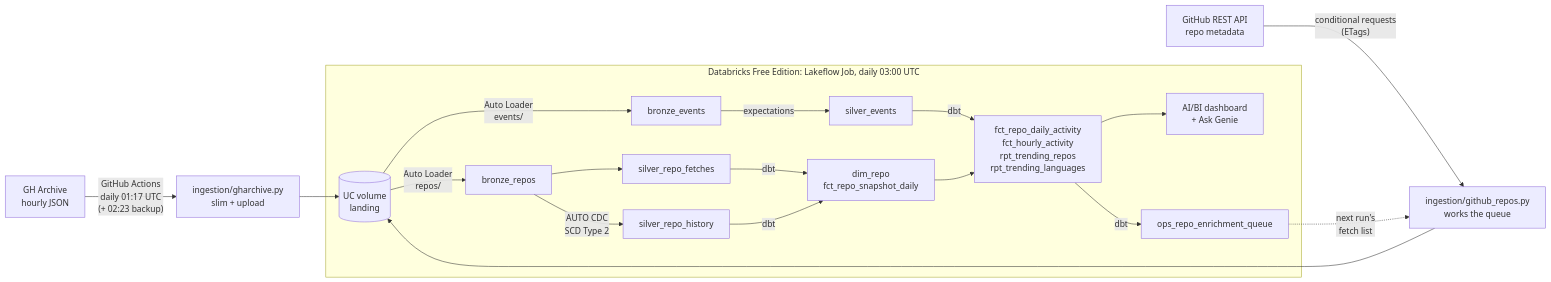
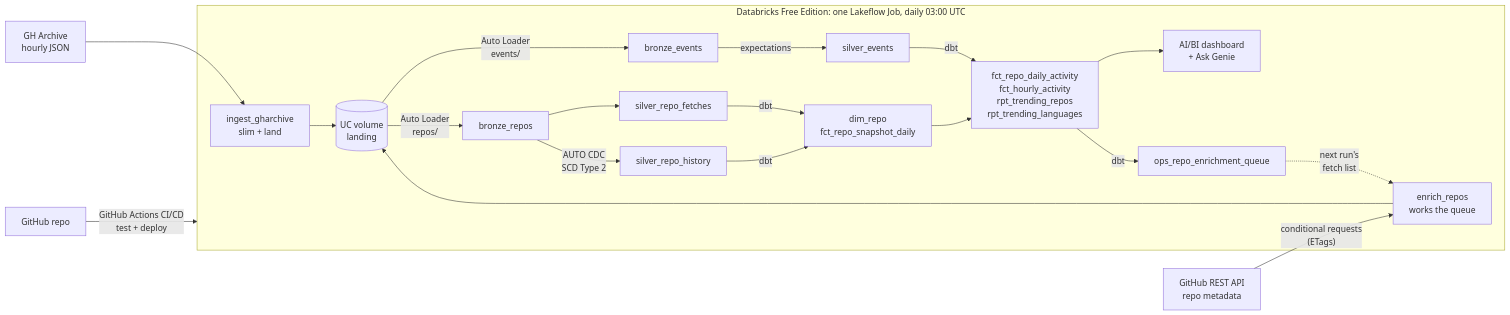
Before and after one commit to leon2378/github-archive-e2e-pipeline: the diagram in README.md, drawn with Mermaid. The commit also changed other lines of this file and 8 other files, not shown here.

First line of the commit message:
Move daily ingestion into the Lakeflow Job

````diff
--- a/README.md
+++ b/README.md
@@ -36,21 +35,22 @@
 ```mermaid
 flowchart LR
-    GHA["GH Archive<br/>hourly JSON"] -->|"GitHub Actions<br/>daily 01:17 UTC<br/>(+ 02:23 backup)"| ING["ingestion/gharchive.py<br/>slim + upload"]
-    API["GitHub REST API<br/>repo metadata"] -->|"conditional requests<br/>(ETags)"| ENR["ingestion/github_repos.py<br/>works the queue"]
-    ING --> VOL[("UC volume<br/>landing")]
-    ENR --> VOL
-    subgraph DBX["Databricks Free Edition: Lakeflow Job, daily 03:00 UTC"]
+    subgraph DBX["Databricks Free Edition: one Lakeflow Job, daily 03:00 UTC"]
+        ING["ingest_gharchive<br/>slim + land"] --> VOL[("UC volume<br/>landing")]
+        ENR["enrich_repos<br/>works the queue"] --> VOL
         VOL -->|"Auto Loader<br/>events/"| BR["bronze_events"]
         BR -->|"expectations"| SI["silver_events"]
         VOL -->|"Auto Loader<br/>repos/"| BRR["bronze_repos"]
         BRR --> SRF["silver_repo_fetches"]
         BRR -->|"AUTO CDC<br/>SCD Type 2"| SRH["silver_repo_history"]
         SRF -->|dbt| DIM["dim_repo<br/>fct_repo_snapshot_daily"]
         SRH -->|dbt| DIM
         SI -->|dbt| GOLD["fct_repo_daily_activity<br/>fct_hourly_activity<br/>rpt_trending_repos<br/>rpt_trending_languages"]
         DIM --> GOLD
         GOLD --> DASH["AI/BI dashboard<br/>+ Ask Genie"]
         GOLD -->|dbt| Q["ops_repo_enrichment_queue"]
+        Q -.->|"next run's<br/>fetch list"| ENR
     end
-    Q -.->|"next run's<br/>fetch list"| ENR
+    GHA["GH Archive<br/>hourly JSON"] --> ING
+    API["GitHub REST API<br/>repo metadata"] -->|"conditional requests<br/>(ETags)"| ENR
+    GIT["GitHub repo"] -->|"GitHub Actions CI/CD<br/>test + deploy"| DBX
 ```
````
